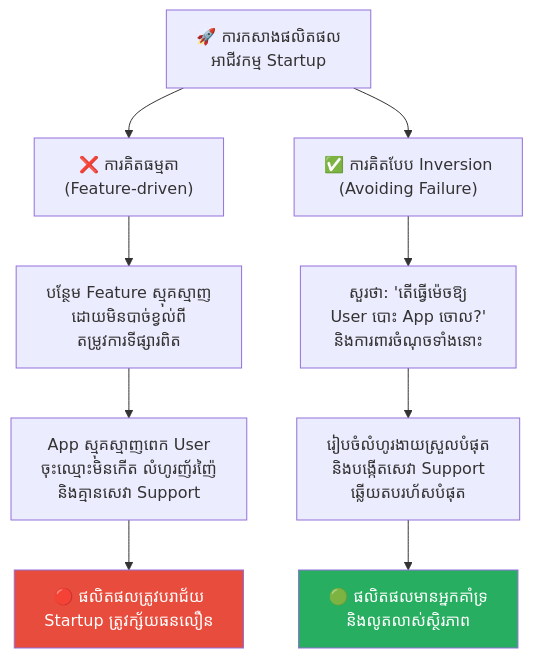
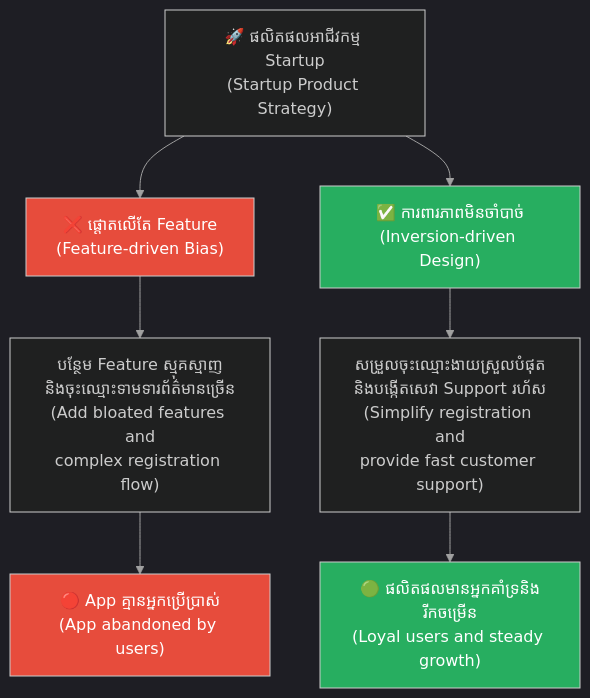
One commit to GuideStack/iblogger-feeds changed the third of 5 diagrams in feeds/concepts/articles/09-inversion-principle.md. Above: the diagram before and after it, drawn with Mermaid. The commit also changed other lines of this file, not shown here.

Commit message:
docs: upgrade 09-inversion-principle.md to bilingual layout and styled diagrams

````diff
--- a/feeds/concepts/articles/09-inversion-principle.md
+++ b/feeds/concepts/articles/09-inversion-principle.md
@@ -129,16 +229,25 @@
 ```mermaid
+%%{init: {
+  'theme': 'dark',
+  'themeVariables': {
+    'background': '#1e1e1e',
+    'primaryTextColor': '#ffffff',
+    'lineColor': '#a0a0a0'
+  },
+  'themeCSS': 'svg { background-color: #1e1e1e !important; padding: 1rem !important; border-radius: 8px !important; } .edgeLabel rect { fill: #1e1e1e !important; } text, tspan { fill: #ffffff !important; }'
+}}%%
 graph TD
-    A["🚀 ការកសាងផលិតផល<br/>អាជីវកម្ម Startup"] --> B1["❌ ការគិតធម្មតា<br/>(Feature-driven)"]
-    A --> B2["✅ ការគិតបែប Inversion<br/>(Avoiding Failure)"]
-    
-    B1 --> C1["បន្ថែម Feature ស្មុគស្មាញ<br/>ដោយមិនបាច់ខ្វល់ពី<br/>តម្រូវការទីផ្សារពិត"]
-    C1 --> D1["App ស្មុគស្មាញពេក User<br/>ចុះឈ្មោះមិនកើត លំហូរញ័រញ៉ៃ<br/>និងគ្មានសេវា Support"]
-    D1 --> E1["🔴 ផលិតផលត្រូវបរាជ័យ<br/>Startup ត្រូវក្ស័យធនលឿន"]
-    
-    B2 --> C2["សួរថា: 'តើធ្វើម៉េចឱ្យ<br/>User បោះ App ចោល?'<br/>និងការពារចំណុចទាំងនោះ"]
-    C2 --> D2["រៀបចំលំហូរងាយស្រួលបំផុត<br/>និងបង្កើតសេវា Support<br/>ឆ្លើយតបរហ័សបំផុត"]
-    D2 --> E2["🟢 ផលិតផលមានអ្នកគាំទ្រ<br/>និងលូតលាស់ស្ថិរភាព"]
+    A["🚀 ផលិតផលអាជីវកម្ម Startup<br/>(Startup Product Strategy)"] --> B1["❌ ផ្តោតលើតែ Feature<br/>(Feature-driven Bias)"]
+    A --> B2["✅ ការពារភាពមិនចាំបាច់<br/>(Inversion-driven Design)"]
 
-    style E1 fill:#e74c3c,color:#fff
-    style E2 fill:#27ae60,color:#fff
+    B1 --> C1["បន្ថែម Feature ស្មុគស្មាញ<br/>និងចុះឈ្មោះទាមទារព័ត៌មានច្រើន<br/>(Add bloated features and<br/>complex registration flow)"]
+    C1 --> D1["🔴 App គ្មានអ្នកប្រើប្រាស់<br/>(App abandoned by users)"]
+
+    B2 --> C2["សម្រួលចុះឈ្មោះងាយស្រួលបំផុត<br/>និងបង្កើតសេវា Support រហ័ស<br/>(Simplify registration and<br/>provide fast customer support)"]
+    C2 --> D2["🟢 ផលិតផលមានអ្នកគាំទ្រនិងរីកចម្រើន<br/>(Loyal users and steady growth)"]
+
+    style B1 fill:#e74c3c,color:#fff
+    style B2 fill:#27ae60,color:#fff
+    style D1 fill:#e74c3c,color:#fff
+    style D2 fill:#27ae60,color:#fff
 ```
````
